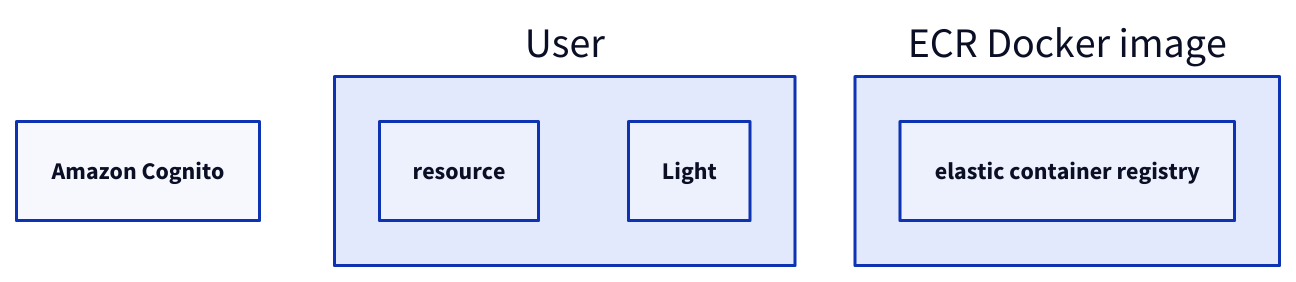
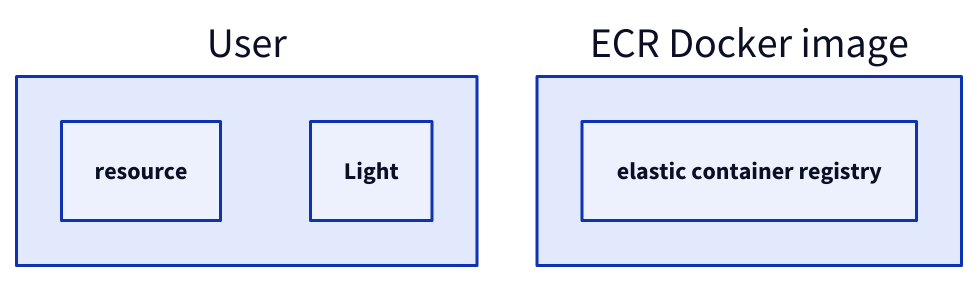
Before and after one commit to fif911/mcp_excalidraw: the seventh of 8 diagrams in skills/excalidraw-diagramming/SKILL.md, drawn with D2. The commit also changed other lines of this file and 1 other file, not shown here.

````diff
--- a/skills/excalidraw-diagramming/SKILL.md
+++ b/skills/excalidraw-diagramming/SKILL.md
@@ -137,15 +80,10 @@
 ```d2
-# Named AWS service — auto-resolves correctly, no hints needed
-cognito: Amazon Cognito
-
-# External actor — needs resource/Light variant
 user: User {
   icon_type: resource
   icon_variant: Light
 }
 
-# Custom search — override the search query entirely
 ecr_docker: ECR Docker image {
   icon_hint: "elastic container registry"
 }
 ```
````
